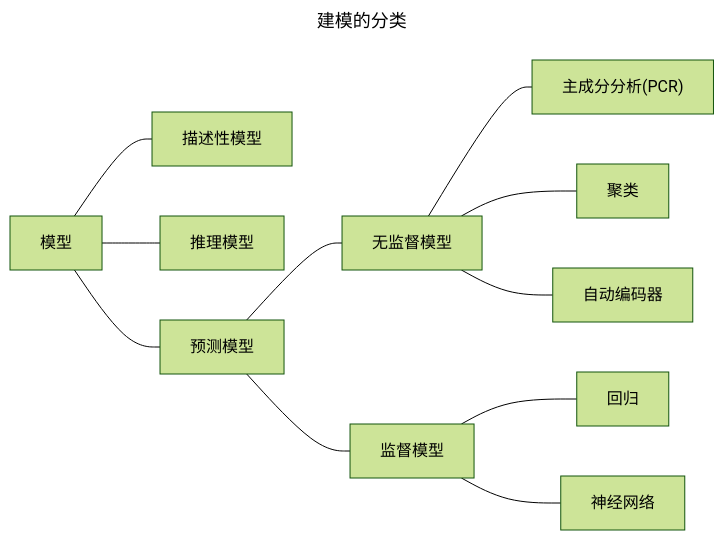
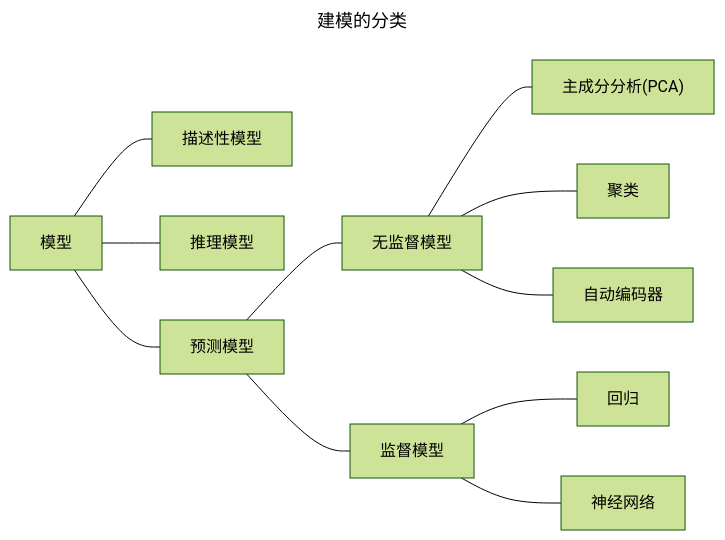
Before and after one commit to CaoWZ254/ln-r: the first of 2 diagrams in chapters/tidymodels.qmd, drawn with Mermaid (forest theme). The commit also changed other lines of this file and 6 other files, not shown here.

````diff
--- a/chapters/tidymodels.qmd
+++ b/chapters/tidymodels.qmd
@@ -30,17 +30,17 @@
 ```{mermaid}
 %%| echo: false
 ---
 title: 建模的分类
 ---
 flowchart LR
 A[模型] --- B[描述性模型]
 A --- C[推理模型]
 A --- D[预测模型]
 D --- E[无监督模型]
 D --- F[监督模型]
-E --- G["主成分分析(PCR)"]
+E --- G["主成分分析(PCA)"]
 E --- H[聚类]
 E --- I[自动编码器]
 F --- J[回归]
 F --- K[神经网络]
 ```
````
